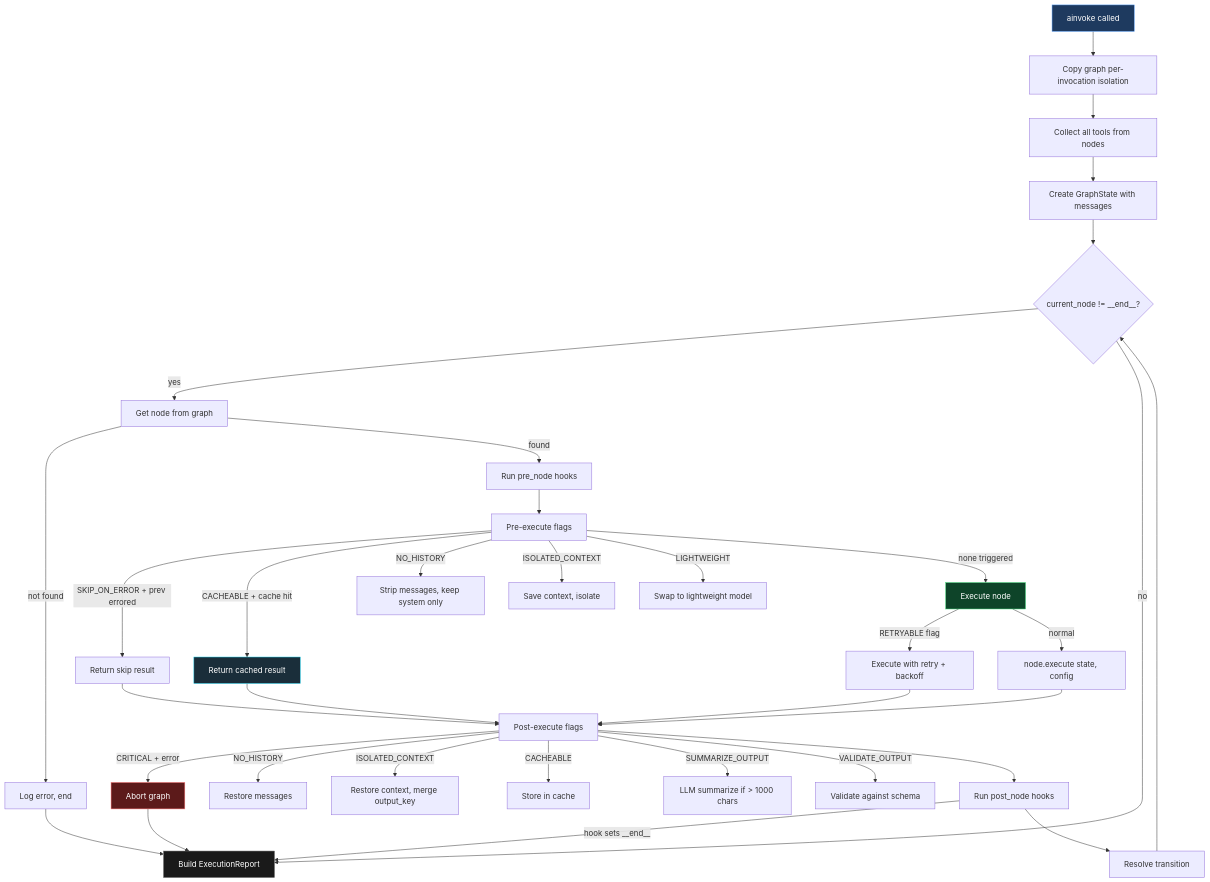
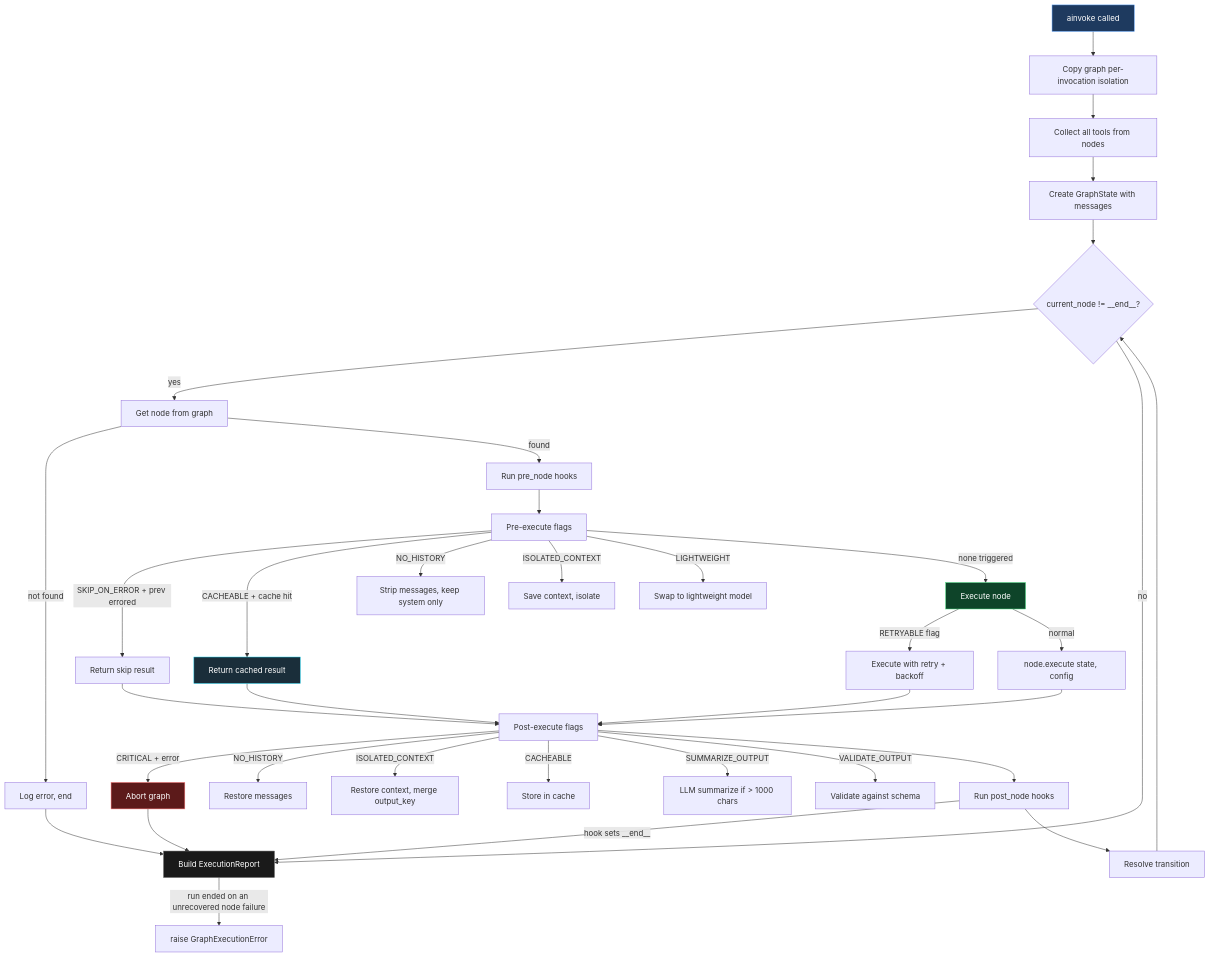
Before and after one commit to CloudEngineHub/DeepMCPAgent: the second of 11 diagrams in docs/core/engine-internals.md, drawn with Mermaid. The commit also changed 7 other files, not shown here.

First line of the commit message:
fix(engine): raise GraphExecutionError instead of returning the question as the answer

````diff
--- a/docs/core/engine-internals.md
+++ b/docs/core/engine-internals.md
@@ -36,48 +36,49 @@
 ```mermaid
 graph TD
     START[ainvoke called] --> COPY[Copy graph per-invocation isolation]
     COPY --> TOOLS[Collect all tools from nodes]
     TOOLS --> STATE[Create GraphState with messages]
     STATE --> LOOP{current_node != __end__?}
 
     LOOP --> |yes| GET[Get node from graph]
     GET --> |not found| END_ERR[Log error, end]
     GET --> |found| PRE_HOOK[Run pre_node hooks]
 
     PRE_HOOK --> PRE_FLAG[Pre-execute flags]
     PRE_FLAG --> |SKIP_ON_ERROR + prev errored| SKIP[Return skip result]
     PRE_FLAG --> |CACHEABLE + cache hit| CACHE_HIT[Return cached result]
     PRE_FLAG --> |NO_HISTORY| STRIP[Strip messages, keep system only]
     PRE_FLAG --> |ISOLATED_CONTEXT| ISOLATE[Save context, isolate]
     PRE_FLAG --> |LIGHTWEIGHT| SWAP_MODEL[Swap to lightweight model]
     PRE_FLAG --> |none triggered| EXEC_NODE[Execute node]
 
     SKIP --> POST_FLAG
     CACHE_HIT --> POST_FLAG
     EXEC_NODE --> |RETRYABLE flag| RETRY[Execute with retry + backoff]
     EXEC_NODE --> |normal| NORMAL[node.execute state, config]
     RETRY --> POST_FLAG
     NORMAL --> POST_FLAG
 
     POST_FLAG[Post-execute flags] --> |CRITICAL + error| ABORT[Abort graph]
     POST_FLAG --> |NO_HISTORY| RESTORE_MSG[Restore messages]
     POST_FLAG --> |ISOLATED_CONTEXT| RESTORE_CTX[Restore context, merge output_key]
     POST_FLAG --> |CACHEABLE| CACHE_STORE[Store in cache]
     POST_FLAG --> |SUMMARIZE_OUTPUT| SUMMARIZE[LLM summarize if > 1000 chars]
     POST_FLAG --> |VALIDATE_OUTPUT| VALIDATE[Validate against schema]
     POST_FLAG --> POST_HOOK
 
     POST_HOOK[Run post_node hooks] --> |hook sets __end__| END
     POST_HOOK --> TRANSITION[Resolve transition]
     TRANSITION --> LOOP
 
     ABORT --> END[Build ExecutionReport]
     END_ERR --> END
     LOOP --> |no| END
+    END --> |run ended on an unrecovered node failure| RAISE[raise GraphExecutionError]
 
     style START fill:#1e3a5f,stroke:#60a5fa,color:#fff
     style EXEC_NODE fill:#0e4429,stroke:#4ade80,color:#fff
     style ABORT fill:#5c1a1a,stroke:#f87171,color:#fff
     style END fill:#1a1a1a,stroke:#666,color:#fff
     style CACHE_HIT fill:#1a2e3a,stroke:#22d3ee,color:#fff
 ```
````
